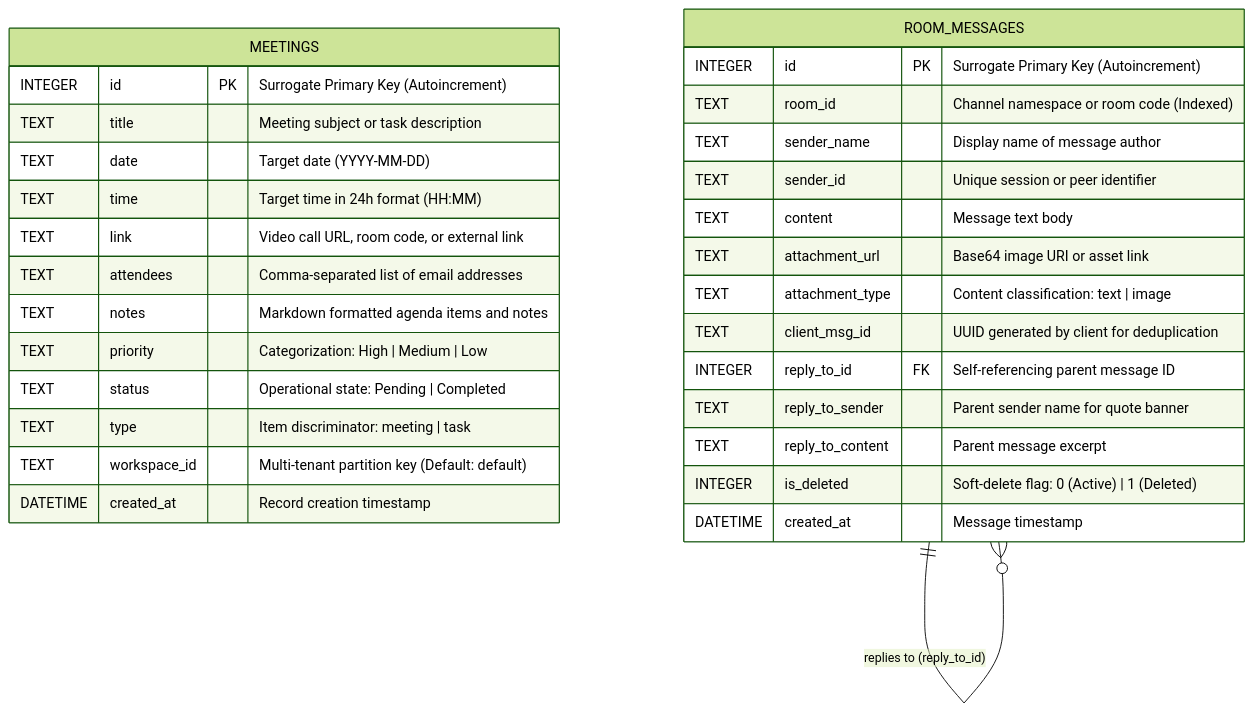
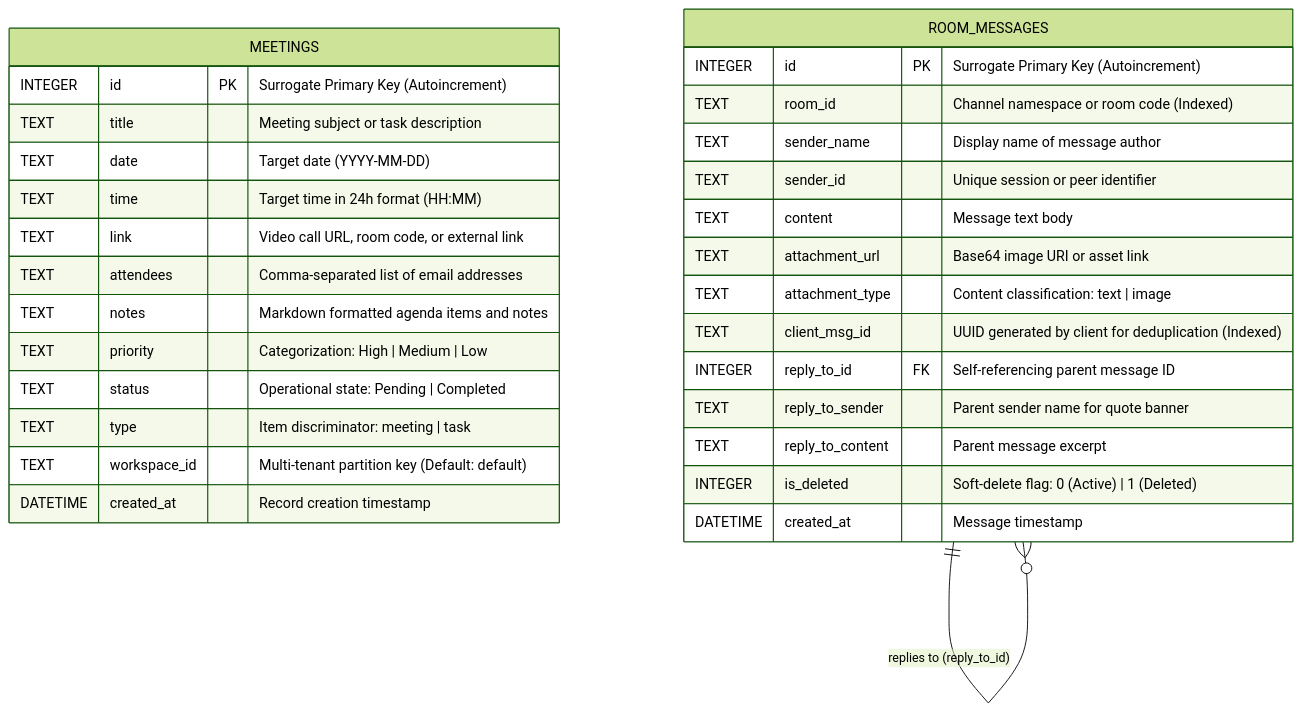
Before and after one commit to itssagarK/meetManager: the second of 11 diagrams in PROJECT_DOCUMENTATION.md, drawn with Mermaid (forest theme). The commit also changed other lines of this file and 1 other file, not shown here.

````diff
--- a/PROJECT_DOCUMENTATION.md
+++ b/PROJECT_DOCUMENTATION.md
@@ -183,35 +225,35 @@
 ```mermaid
 erDiagram
     MEETINGS {
         INTEGER id PK "Surrogate Primary Key (Autoincrement)"
         TEXT title "Meeting subject or task description"
         TEXT date "Target date (YYYY-MM-DD)"
         TEXT time "Target time in 24h format (HH:MM)"
         TEXT link "Video call URL, room code, or external link"
         TEXT attendees "Comma-separated list of email addresses"
         TEXT notes "Markdown formatted agenda items and notes"
         TEXT priority "Categorization: High | Medium | Low"
         TEXT status "Operational state: Pending | Completed"
         TEXT type "Item discriminator: meeting | task"
         TEXT workspace_id "Multi-tenant partition key (Default: default)"
         DATETIME created_at "Record creation timestamp"
     }
 
     ROOM_MESSAGES {
         INTEGER id PK "Surrogate Primary Key (Autoincrement)"
         TEXT room_id "Channel namespace or room code (Indexed)"
         TEXT sender_name "Display name of message author"
         TEXT sender_id "Unique session or peer identifier"
         TEXT content "Message text body"
         TEXT attachment_url "Base64 image URI or asset link"
         TEXT attachment_type "Content classification: text | image"
-        TEXT client_msg_id "UUID generated by client for deduplication"
+        TEXT client_msg_id "UUID generated by client for deduplication (Indexed)"
         INTEGER reply_to_id FK "Self-referencing parent message ID"
         TEXT reply_to_sender "Parent sender name for quote banner"
         TEXT reply_to_content "Parent message excerpt"
         INTEGER is_deleted "Soft-delete flag: 0 (Active) | 1 (Deleted)"
         DATETIME created_at "Message timestamp"
     }
 
     ROOM_MESSAGES ||--o{ ROOM_MESSAGES : "replies to (reply_to_id)"
 ```
````
